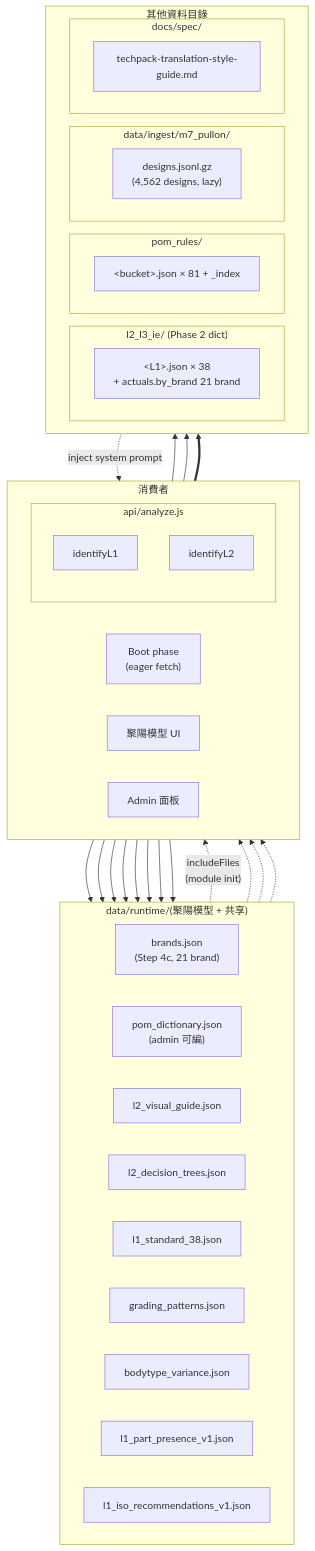
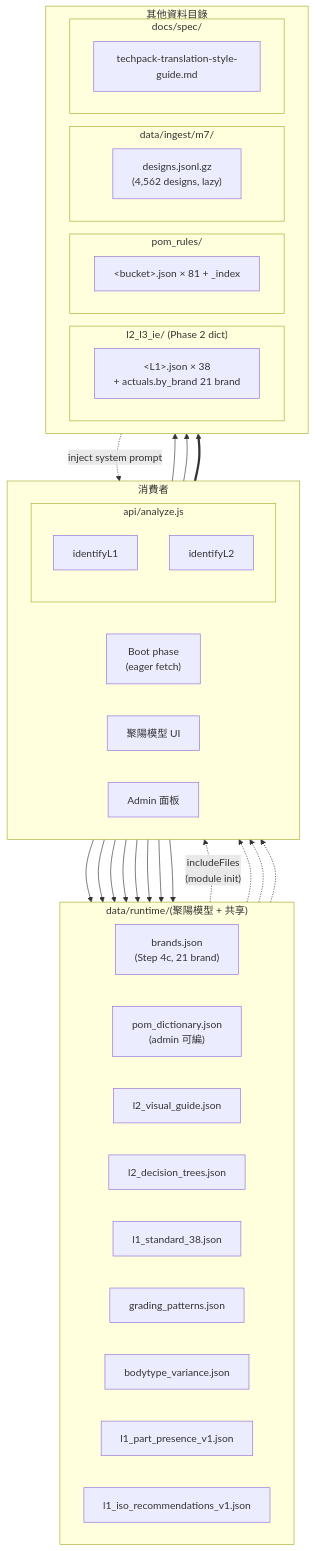
Before and after one commit to ellyfd/stytrix-techpack: the third of 5 diagrams in docs/spec/網站架構圖.md, drawn with Mermaid. The commit also changed other lines of this file and 7 other files, not shown here.

````diff
--- a/docs/spec/網站架構圖.md
+++ b/docs/spec/網站架構圖.md
@@ -120,67 +123,67 @@
 ```mermaid
 flowchart TB
   subgraph Top["消費者"]
     direction LR
     FE_boot["Boot phase<br/>(eager fetch)"]
     FE_make["聚陽模型 UI"]
     FE_admin["Admin 面板"]
     subgraph Fn["api/analyze.js"]
       direction TB
       FN_pass1["identifyL1"]
       FN_pass2["identifyL2"]
     end
   end
 
   subgraph Runtime["data/runtime/(聚陽模型 + 共享)"]
     direction LR
     D_brands["brands.json<br/>(Step 4c, 21 brand)"]
     D_pomdict["pom_dictionary.json<br/>(admin 可編)"]
     D_guide["l2_visual_guide.json"]
     D_trees["l2_decision_trees.json"]
     D_l1std["l1_standard_38.json"]
     D_grading["grading_patterns.json"]
     D_bodyvar["bodytype_variance.json"]
     D_pres["l1_part_presence_v1.json"]
     D_iso["l1_iso_recommendations_v1.json"]
   end
 
   subgraph Other["其他資料目錄"]
     direction LR
     subgraph IE["l2_l3_ie/ (Phase 2 dict)"]
       IE_files["&lt;L1&gt;.json × 38<br/>+ actuals.by_brand 21 brand"]
     end
     subgraph PomRules["pom_rules/"]
       P_files["&lt;bucket&gt;.json × 81 + _index"]
     end
-    subgraph Ingest["data/ingest/m7_pullon/"]
+    subgraph Ingest["data/ingest/m7/"]
       M_designs["designs.jsonl.gz<br/>(4,562 designs, lazy)"]
     end
     subgraph Spec["docs/spec/"]
       R_style["techpack-translation-style-guide.md"]
     end
   end
 
   %% Boot
   FE_boot --> D_brands
 
   %% Fn includeFiles
   D_guide -. "includeFiles<br/>(module init)" .-> FN_pass1
   D_l1std -.-> FN_pass1
   D_guide -.-> FN_pass2
   D_trees -.-> FN_pass2
   R_style -. "inject system prompt" .-> Fn
 
   %% 聚陽模型 runtime fetch
   FE_make --> IE_files
   FE_make --> P_files
   FE_make --> D_pres
   FE_make --> D_iso
   FE_make --> D_grading
   FE_make --> D_bodyvar
   FE_make --> D_guide
   FE_make ==> M_designs
 
   %% 共享
   FE_make --> D_pomdict
   FE_admin --> D_pomdict
 ```
````
